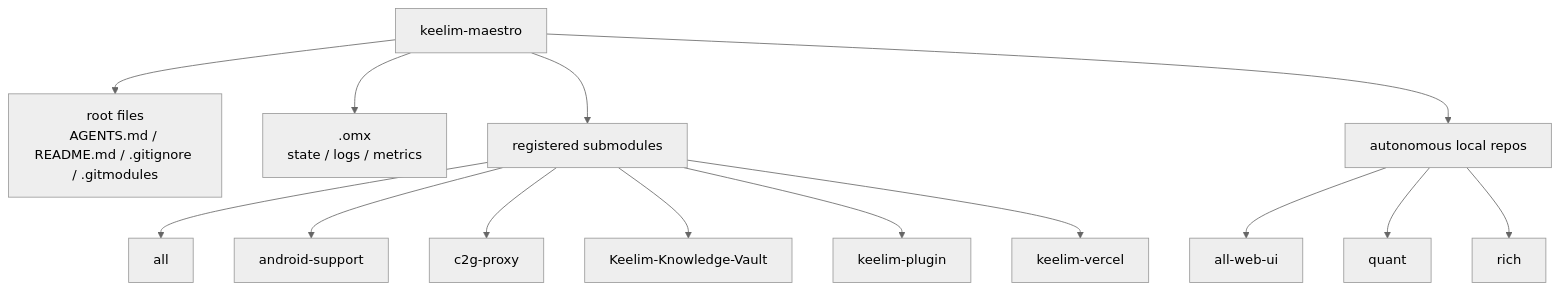
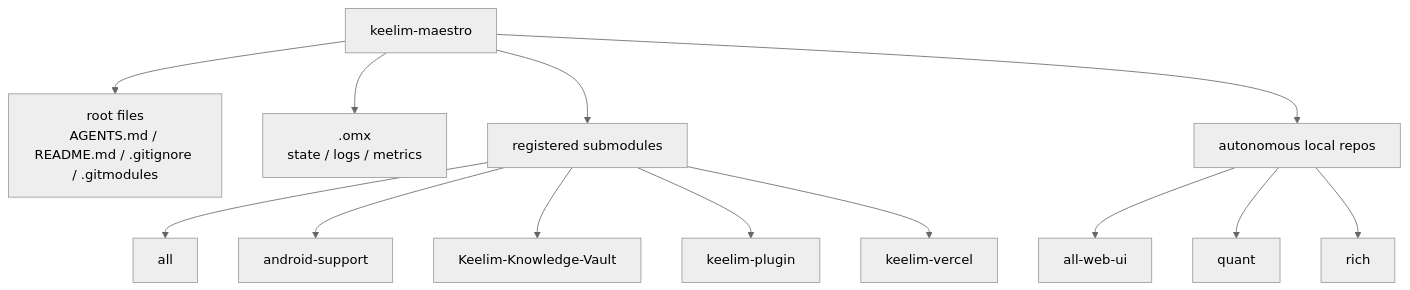
One commit to keelim/keelim-maestro changed the diagram in README.md. Above: the diagram before and after it, drawn with Mermaid (neutral theme). The commit also changed other lines of this file and 3 other files, not shown here.

````diff
--- a/README.md
+++ b/README.md
@@ -7,20 +7,19 @@
 ```mermaid
 flowchart TB
     root["keelim-maestro"]
 
     root --> rootFiles["root files<br/>AGENTS.md / README.md / .gitignore / .gitmodules"]
     root --> omx[".omx<br/>state / logs / metrics"]
     root --> submodules["registered submodules"]
     root --> localRepos["autonomous local repos"]
 
     submodules --> all["all"]
     submodules --> android["android-support"]
-    submodules --> c2gProxy["c2g-proxy"]
     submodules --> vault["Keelim-Knowledge-Vault"]
     submodules --> skill["keelim-plugin"]
     submodules --> vercel["keelim-vercel"]
 
     localRepos --> allWebUi["all-web-ui"]
     localRepos --> quant["quant"]
     localRepos --> rich["rich"]
 ```
````
